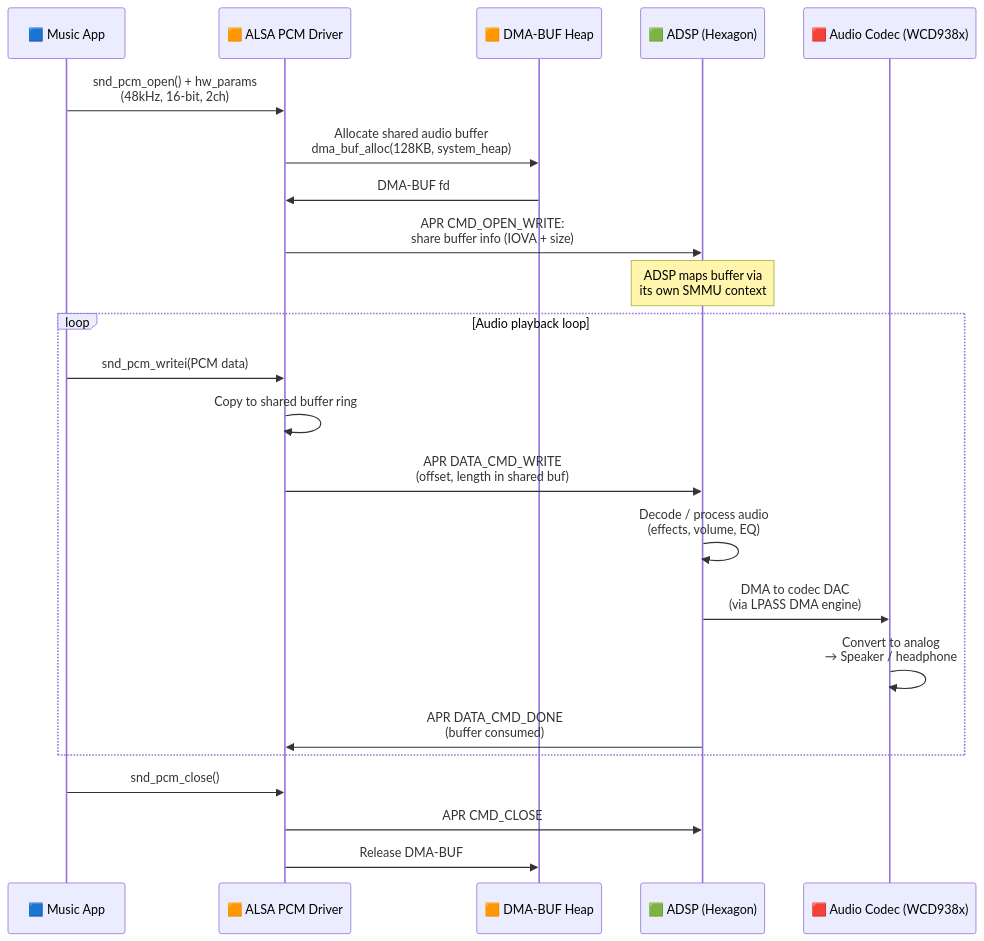
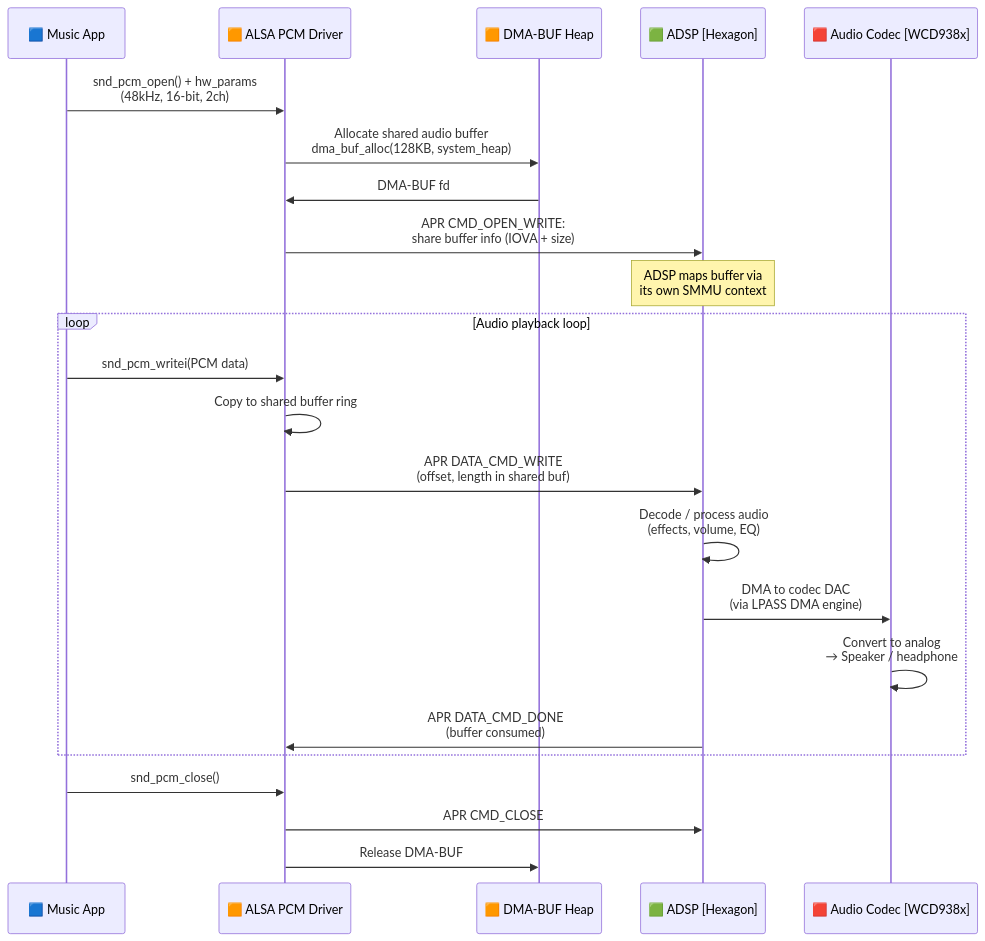
The fourth of 21 diagrams in MemoryManagement/19_Qualcomm_System_Design_Part2.md (nilprajapati97/Linux), drawn with Mermaid before and after one commit. The commit also changed other lines of this file and 68 other files, not shown here.

````diff
--- a/MemoryManagement/19_Qualcomm_System_Design_Part2.md
+++ b/MemoryManagement/19_Qualcomm_System_Design_Part2.md
@@ -143,36 +143,36 @@
 ```mermaid
 sequenceDiagram
     participant APP as 🟦 Music App
     participant ALSA as 🟧 ALSA PCM Driver
     participant ION as 🟧 DMA-BUF Heap
-    participant ADSP as 🟩 ADSP (Hexagon)
-    participant CODEC as 🟥 Audio Codec (WCD938x)
+    participant ADSP as 🟩 ADSP [Hexagon]
+    participant CODEC as 🟥 Audio Codec [WCD938x]
 
     APP->>ALSA: snd_pcm_open() + hw_params<br/>(48kHz, 16-bit, 2ch)
 
     ALSA->>ION: Allocate shared audio buffer<br/>dma_buf_alloc(128KB, system_heap)
     ION->>ALSA: DMA-BUF fd
 
     ALSA->>ADSP: APR CMD_OPEN_WRITE:<br/>share buffer info (IOVA + size)
 
     Note over ADSP: ADSP maps buffer via<br/>its own SMMU context
 
     loop Audio playback loop
         APP->>ALSA: snd_pcm_writei(PCM data)
         ALSA->>ALSA: Copy to shared buffer ring
 
         ALSA->>ADSP: APR DATA_CMD_WRITE<br/>(offset, length in shared buf)
 
         ADSP->>ADSP: Decode / process audio<br/>(effects, volume, EQ)
 
         ADSP->>CODEC: DMA to codec DAC<br/>(via LPASS DMA engine)
 
         CODEC->>CODEC: Convert to analog<br/>→ Speaker / headphone
 
         ADSP->>ALSA: APR DATA_CMD_DONE<br/>(buffer consumed)
     end
 
     APP->>ALSA: snd_pcm_close()
     ALSA->>ADSP: APR CMD_CLOSE
     ALSA->>ION: Release DMA-BUF
 ```
````
